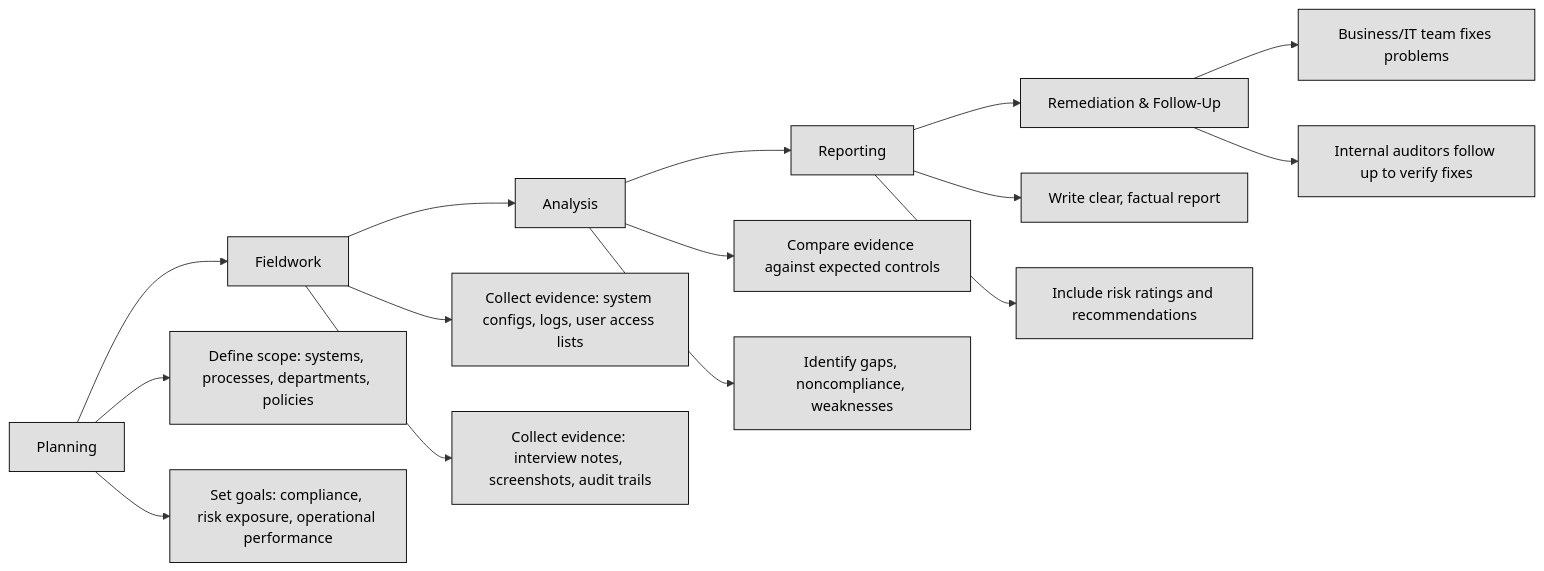
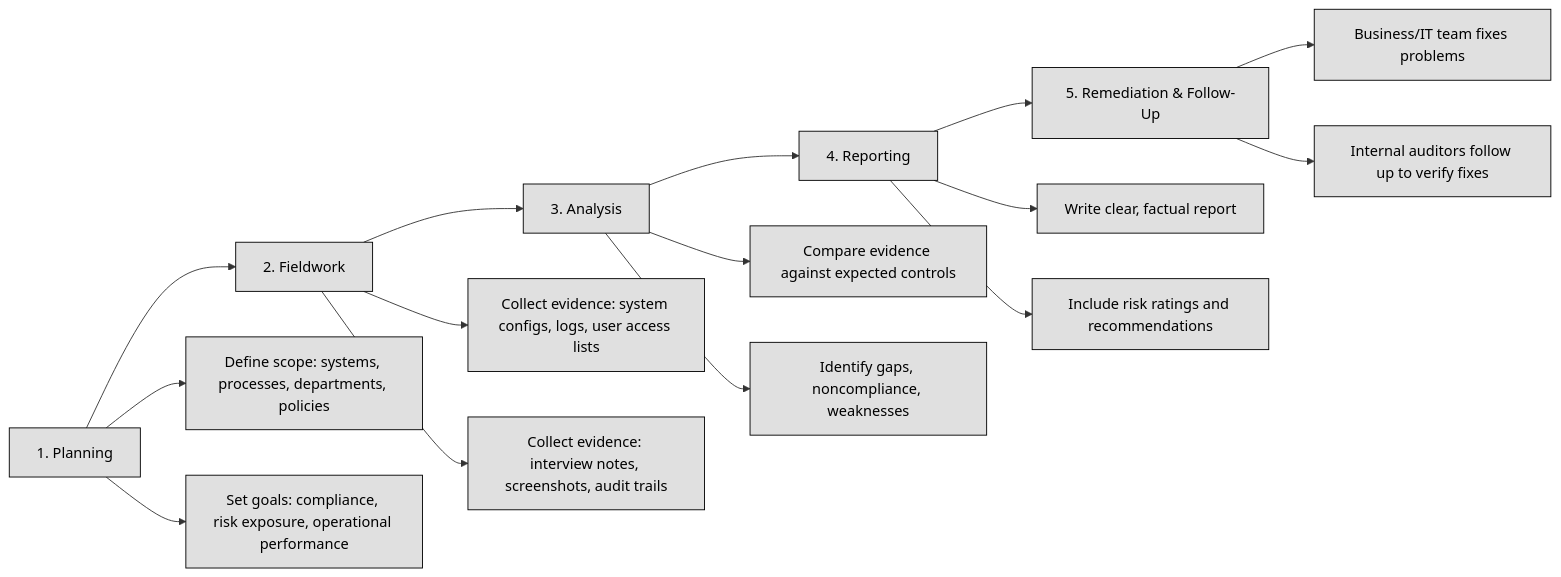
One commit to lorenzoleonelli/CISSP-Zero-to-Hero changed the first of 2 diagrams in DOMAIN6: Security Assessment and Testing/6.5 Conduct or facilitate security audits.md. Above: the diagram before and after it, drawn with Mermaid. The commit also changed other lines of this file, not shown here.

Commit message:
Update 6.5 Conduct or facilitate security audits.md

````diff
--- a/DOMAIN6: Security Assessment and Testing/6.5 Conduct or facilitate security audits.md
+++ b/DOMAIN6: Security Assessment and Testing/6.5 Conduct or facilitate security audits.md
@@ -41,25 +41,25 @@
 ```mermaid
 flowchart LR
-    A[Planning] --> B[Fieldwork]
-    B --> C[Analysis]
-    C --> D[Reporting]
-    D --> E[Remediation & Follow-Up]
+    A[1. Planning] --> B[2. Fieldwork]
+    B --> C[3. Analysis]
+    C --> D[4. Reporting]
+    D --> E[5. Remediation & Follow-Up]
 
     A --> A1[Define scope: systems, processes, departments, policies]
     A --> A2[Set goals: compliance, risk exposure, operational performance]
 
     B --> B1[Collect evidence: system configs, logs, user access lists]
     B --> B2[Collect evidence: interview notes, screenshots, audit trails]
 
     C --> C1[Compare evidence against expected controls]
     C --> C2[Identify gaps, noncompliance, weaknesses]
 
     D --> D1[Write clear, factual report]
     D --> D2[Include risk ratings and recommendations]
 
     E --> E1[Business/IT team fixes problems]
     E --> E2[Internal auditors follow up to verify fixes]
 
     classDef center fill:#ffffff,color:#000000,stroke:#000000,stroke-width:1px,font-weight:bold
     classDef node fill:#e0e0e0,color:#000000,stroke:#000000,stroke-width:1px
 ```
````
